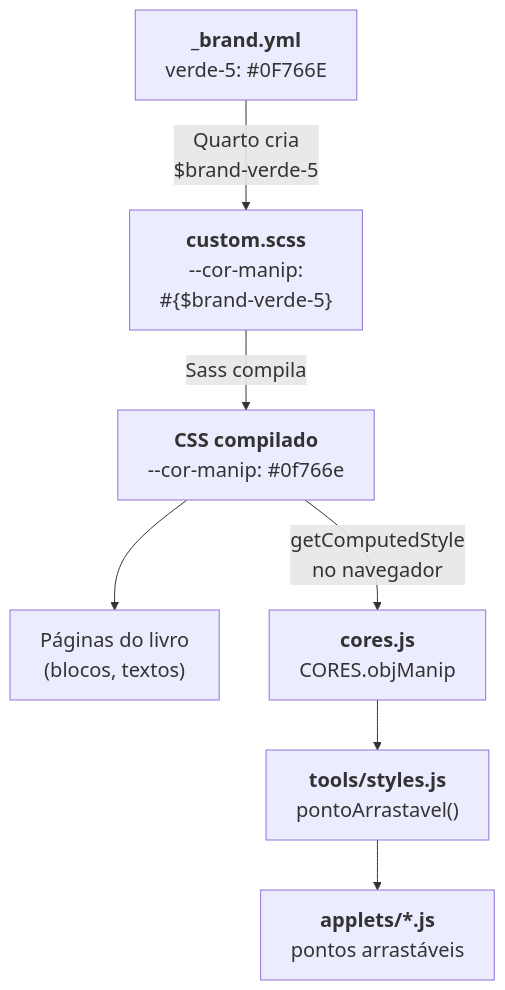
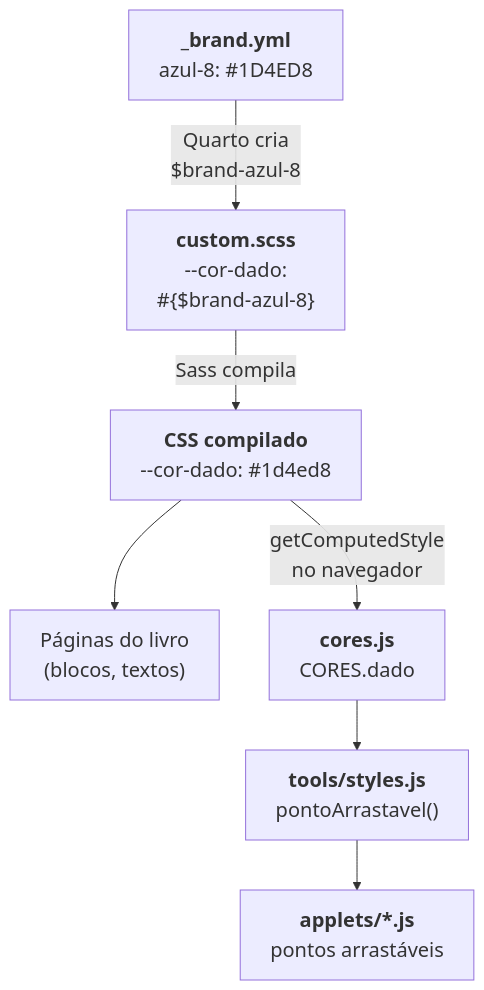
Before and after one commit to lcmerlo/livro-online-fcg: the fourth of 9 diagrams in _interno/diretrizes/arquitetura.md, drawn with Mermaid. The commit also changed other lines of this file and 11 other files, not shown here.

````diff
--- a/_interno/diretrizes/arquitetura.md
+++ b/_interno/diretrizes/arquitetura.md
@@ -271,18 +271,18 @@
 ```mermaid
 %%{init: {"themeVariables": {"fontSize": "20px"}, "flowchart": {"wrappingWidth": 420}}}%%
 flowchart TD
-    b["<b>_brand.yml</b><br/>verde-5: #0F766E"]
-    s["<b>custom.scss</b><br/>--cor-manip:<br/>#{$brand-verde-5}"]
-    css["<b>CSS compilado</b><br/>--cor-manip: #0f766e"]
+    b["<b>_brand.yml</b><br/>azul-8: #1D4ED8"]
+    s["<b>custom.scss</b><br/>--cor-dado:<br/>#{$brand-azul-8}"]
+    css["<b>CSS compilado</b><br/>--cor-dado: #1d4ed8"]
     site["Páginas do livro<br/>(blocos, textos)"]
-    c["<b>cores.js</b><br/>CORES.objManip"]
+    c["<b>cores.js</b><br/>CORES.dado"]
     st["<b>tools/styles.js</b><br/>pontoArrastavel()"]
     a["<b>applets/*.js</b><br/>pontos arrastáveis"]
 
-    b -->|"Quarto cria<br/>$brand-verde-5"| s
+    b -->|"Quarto cria<br/>$brand-azul-8"| s
     s -->|"Sass compila"| css
     css --> site
     css -->|"getComputedStyle<br/>no navegador"| c
     c --> st
     st --> a
 ```
````
